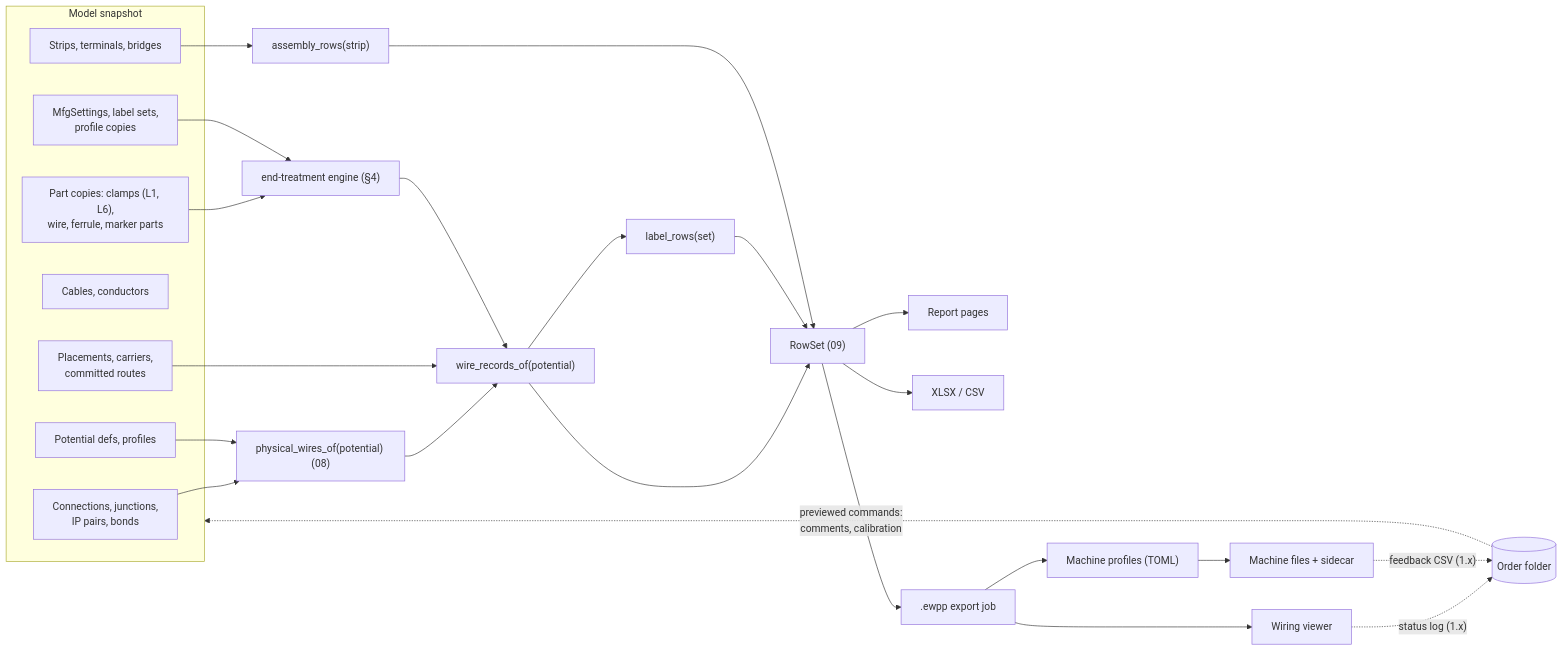
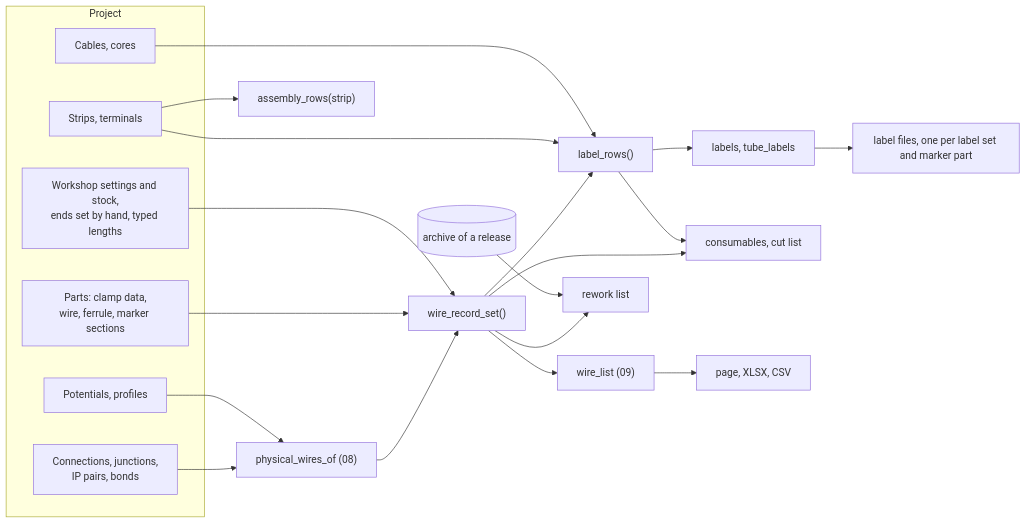
Before and after one commit to Ironkode787/ElektraWatt: the diagram in docs/design/13-manufacturing-outputs.md, drawn with Mermaid. The commit also changed other lines of this file and 13 other files, not shown here.

````diff
--- a/docs/design/13-manufacturing-outputs.md
+++ b/docs/design/13-manufacturing-outputs.md
@@ -54,33 +56,28 @@
 ```mermaid
 flowchart LR
-  subgraph A["Model snapshot"]
+  subgraph A["Project"]
     C["Connections, junctions,<br/>IP pairs, bonds"]
-    P["Potential defs, profiles"]
-    T["Strips, terminals, bridges"]
-    K["Cables, conductors"]
-    L["Placements, carriers,<br/>committed routes"]
-    PC["Part copies: clamps (L1, L6),<br/>wire, ferrule, marker parts"]
-    S["MfgSettings, label sets,<br/>profile copies"]
+    P["Potentials, profiles"]
+    T["Strips, terminals"]
+    K["Cables, cores"]
+    PC["Parts: clamp data,<br/>wire, ferrule, marker sections"]
+    S["Workshop settings and stock,<br/>ends set by hand, typed lengths"]
   end
-  C --> PW["physical_wires_of(potential) (08)"]
+  C --> PW["physical_wires_of (08)"]
   P --> PW
-  PW --> WR["wire_records_of(potential)"]
-  L --> WR
-  PC --> EE["end-treatment engine (§4)"]
-  EE --> WR
-  S --> EE
-  WR --> LB["label_rows(set)"]
+  PW --> WR["wire_record_set()"]
+  PC --> WR
+  S --> WR
+  WR --> WL["wire_list (09)"]
+  WR --> LR["label_rows()"]
+  T --> LR
+  K --> LR
+  LR --> LB["labels, tube_labels"]
+  LB --> LF["label files, one per label set and marker part"]
+  WR --> RW["rework list"]
+  AR[("archive of a release")] --> RW
   T --> TA["assembly_rows(strip)"]
-  WR --> RS["RowSet (09)"]
-  LB --> RS
-  TA --> RS
-  RS --> PDF["Report pages"]
-  RS --> XL["XLSX / CSV"]
-  RS --> PKG[".ewpp export job"]
-  PKG --> MP["Machine profiles (TOML)"]
-  MP --> MF["Machine files + sidecar"]
-  PKG --> V["Wiring viewer"]
-  V -.->|"status log (1.x)"| O[("Order folder")]
-  MF -.->|"feedback CSV (1.x)"| O
-  O -.->|"previewed commands:<br/>comments, calibration"| A
+  WR --> WS["consumables, cut list"]
+  LR --> WS
+  WL --> OUT["page, XLSX, CSV"]
 ```
````
